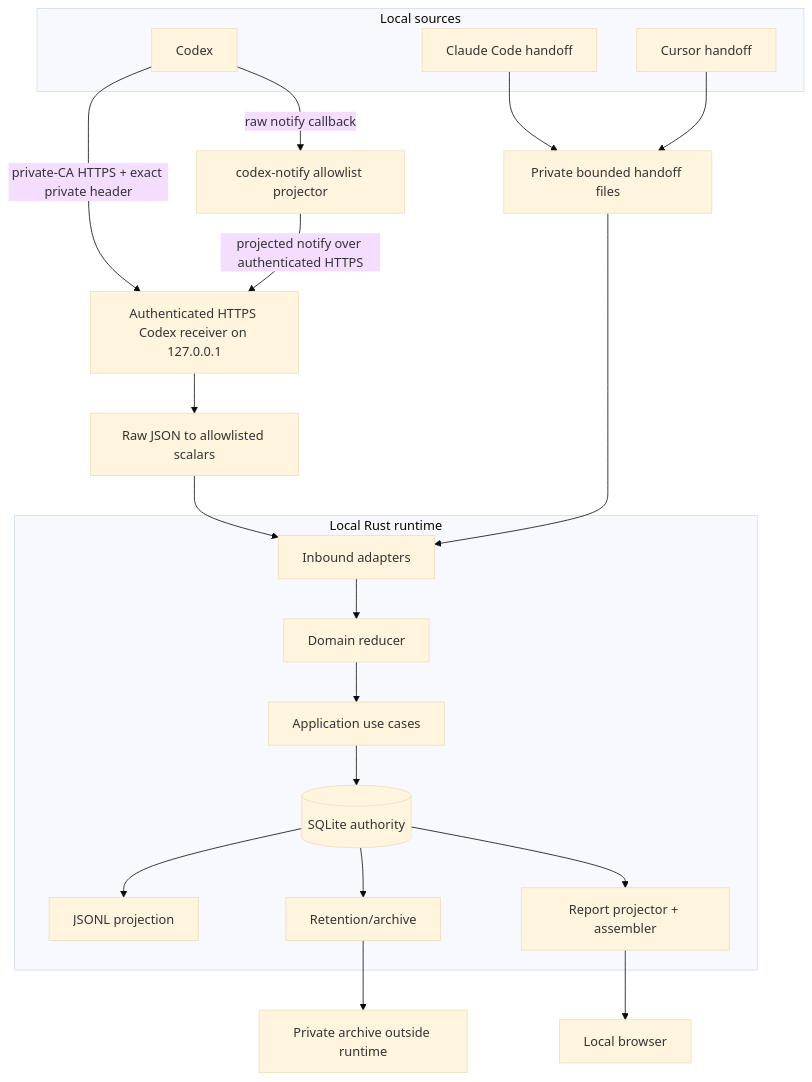
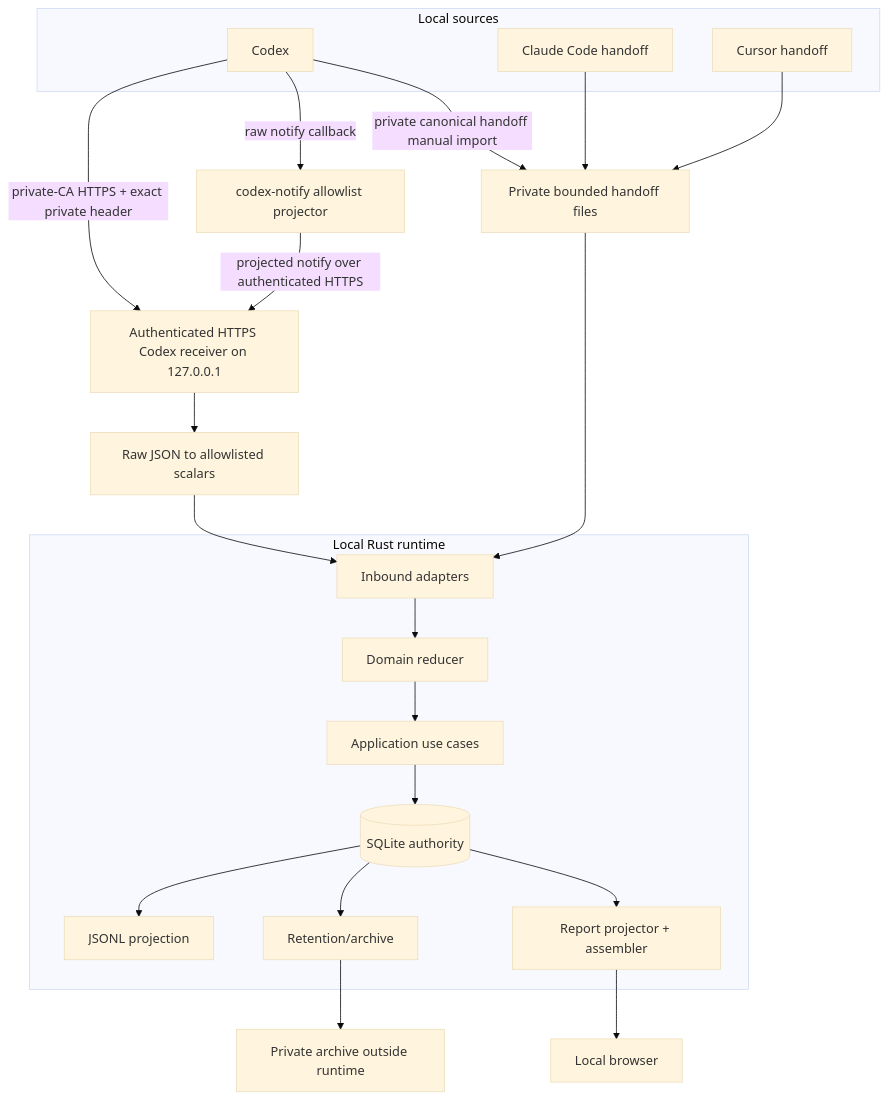
Before and after one commit to MCprotein/agent-observability: the first of 8 diagrams in docs/COLLECTION_FLOW.md, drawn with Mermaid (base theme). The commit also changed other lines of this file and 11 other files, not shown here.

````diff
--- a/docs/COLLECTION_FLOW.md
+++ b/docs/COLLECTION_FLOW.md
@@ -30,36 +30,37 @@
 ```mermaid
 flowchart TB
     subgraph Sources["Local sources"]
         Codex["Codex"]
         Claude["Claude Code handoff"]
         Cursor["Cursor handoff"]
     end
 
     Receiver["Authenticated HTTPS Codex receiver on 127.0.0.1"]
     Allowlist["Raw JSON to allowlisted scalars"]
     Files["Private bounded handoff files"]
 
     subgraph Runtime["Local Rust runtime"]
         Adapters["Inbound adapters"]
         Domain["Domain reducer"]
         App["Application use cases"]
         Store[("SQLite authority")]
         Projection["JSONL projection"]
         Retention["Retention/archive"]
         Report["Report projector + assembler"]
     end
 
     Browser["Local browser"]
     Archive["Private archive outside runtime"]
 
     Codex -->|"private-CA HTTPS + exact private header"| Receiver
     Codex -->|"raw notify callback"| Notify["codex-notify allowlist projector"]
+    Codex -->|"private canonical handoff manual import"| Files
     Notify -->|"projected notify over authenticated HTTPS"| Receiver
     Receiver --> Allowlist --> Adapters
     Claude --> Files
     Cursor --> Files
     Files --> Adapters --> Domain --> App --> Store
     Store --> Projection
     Store --> Retention --> Archive
     Store --> Report --> Browser
 ```
````
